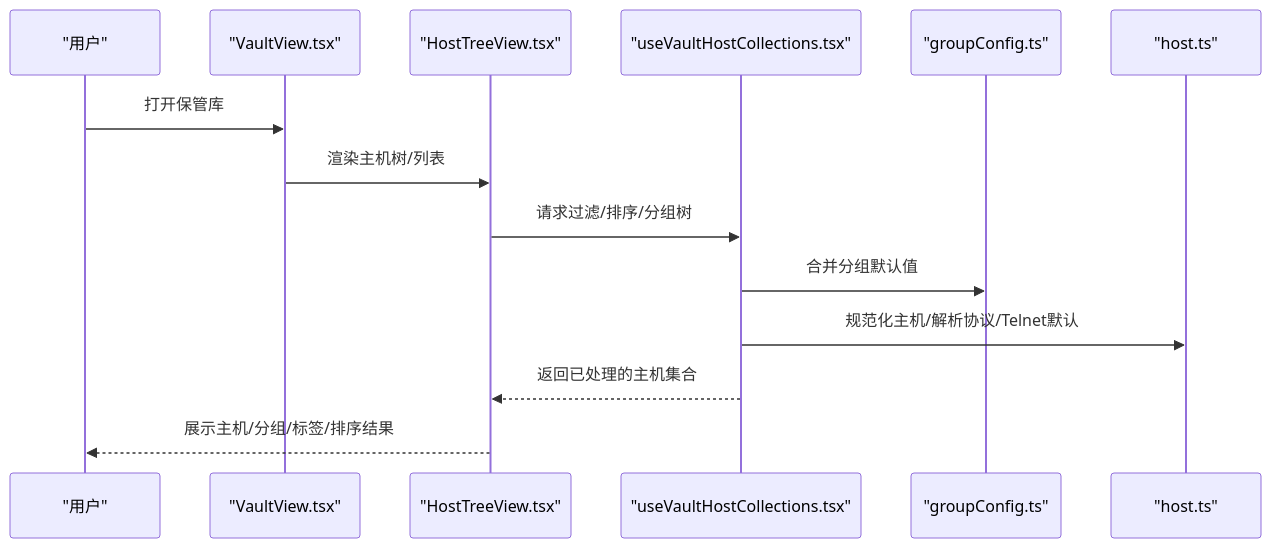
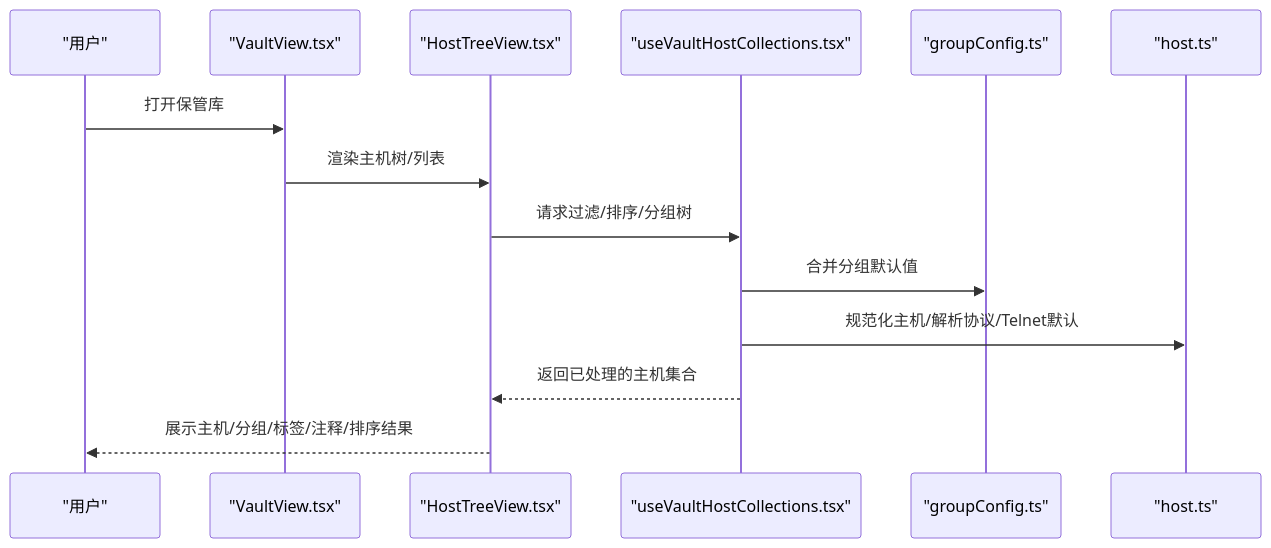
Before and after one commit to szeiyou/Netcatty: the second of 13 diagrams in .qoder/repowiki/zh/content/用户指南/SSH客户端管理/主机管理.md, drawn with Mermaid. The commit also changed other lines of this file and 6 other files, not shown here.

````diff
--- a/.qoder/repowiki/zh/content/用户指南/SSH客户端管理/主机管理.md
+++ b/.qoder/repowiki/zh/content/用户指南/SSH客户端管理/主机管理.md
@@ -122,16 +154,16 @@
 ```mermaid
 sequenceDiagram
 participant U as "用户"
 participant V as "VaultView.tsx"
 participant TV as "HostTreeView.tsx"
 participant HC as "useVaultHostCollections.tsx"
 participant CFG as "groupConfig.ts"
 participant H as "host.ts"
 U->>V : 打开保管库
 V->>TV : 渲染主机树/列表
 TV->>HC : 请求过滤/排序/分组树
 HC->>CFG : 合并分组默认值
 HC->>H : 规范化主机/解析协议/Telnet默认
 HC-->>TV : 返回已处理的主机集合
-TV-->>U : 展示主机/分组/标签/排序结果
+TV-->>U : 展示主机/分组/标签/注释/排序结果
 ```
````
